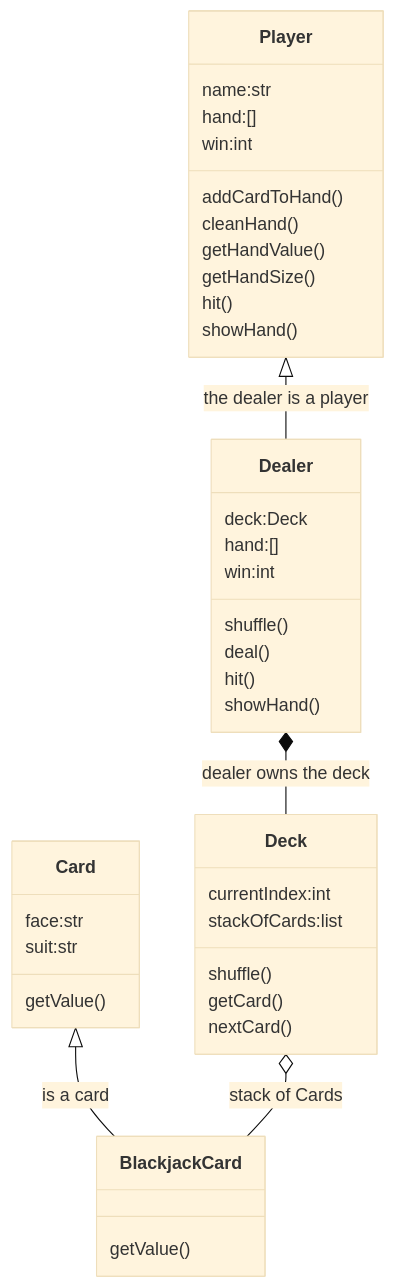
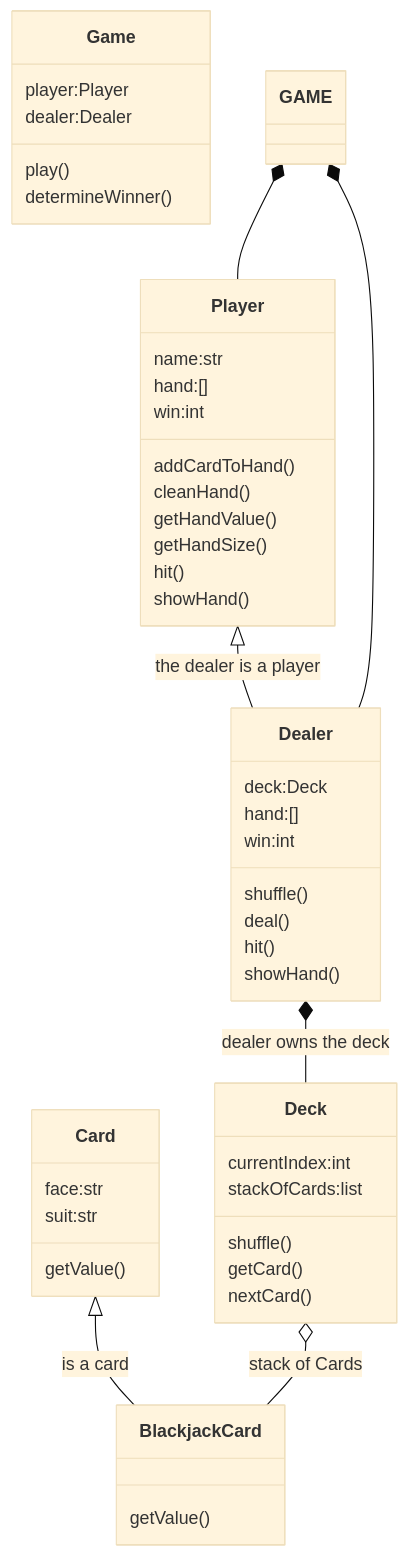
Before and after one commit to jwang1122/python1: the sixth of 7 diagrams in doc/python.md, drawn with Mermaid (base theme). The commit also changed other lines of this file and 4 other files, not shown here.

````diff
--- a/doc/python.md
+++ b/doc/python.md
@@ -412,47 +428,56 @@
 ```mermaid
 classDiagram
 class Card {
   face:str
   suit:str
   getValue()
 }
 
 class BlackjackCard{
   getValue()
 }
 
 class Deck{
   currentIndex:int
   stackOfCards:list
   shuffle()
   getCard()
   nextCard()
 }
 
 class Player{
   name:str
   hand:[]
   win:int
   addCardToHand()
   cleanHand()
   getHandValue()
   getHandSize()
   hit()
   showHand()
 }
 
 class Dealer {
   deck:Deck
   hand:[]
   win:int
   shuffle()
   deal()
   hit()
   showHand()
 }
 
+class Game {
+    player:Player
+    dealer:Dealer
+    play()
+    determineWinner()
+}
+
 Player<|--Dealer:the dealer is a player
 Dealer *--Deck:dealer owns the deck
 Card<|--BlackjackCard:is a card
 Deck o--BlackjackCard:stack of Cards
+GAME *-- Player
+GAME *-- Dealer
 ```
````
